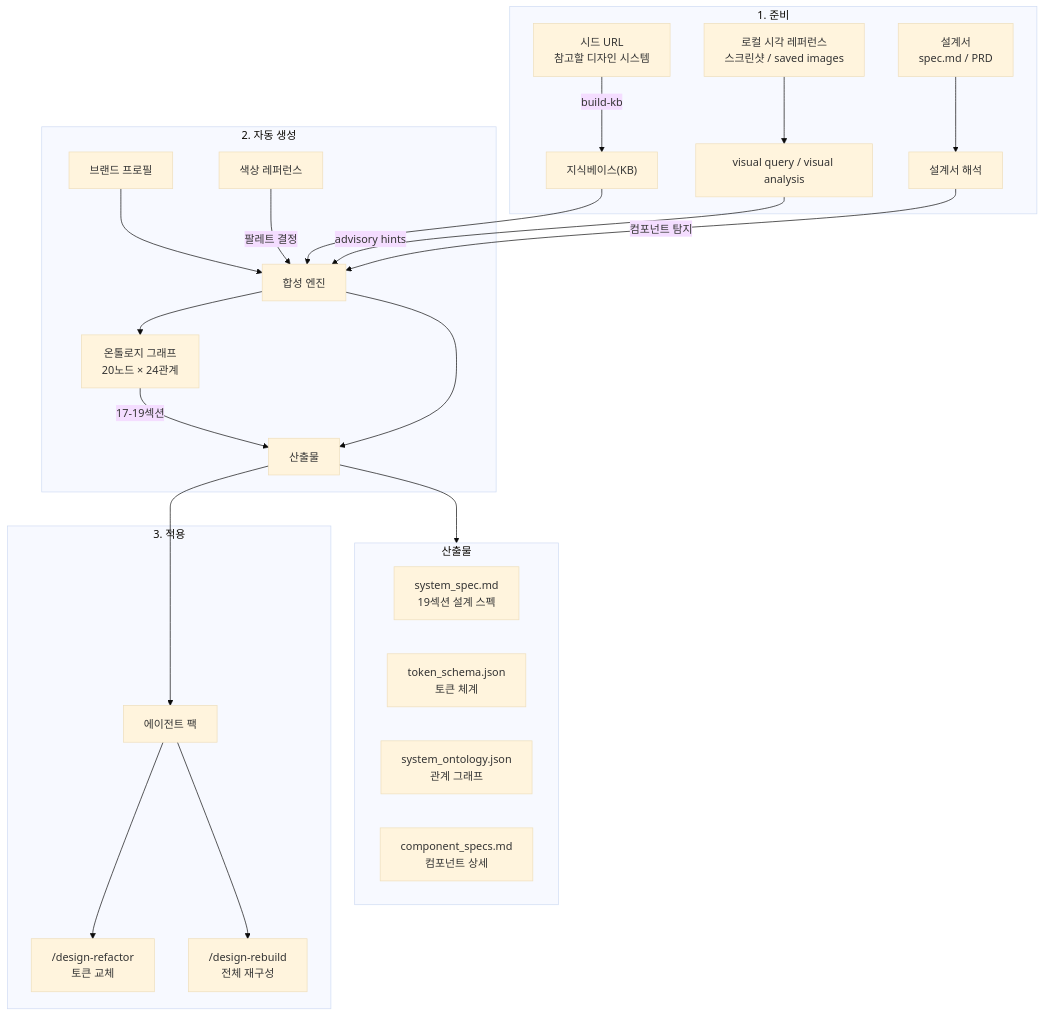
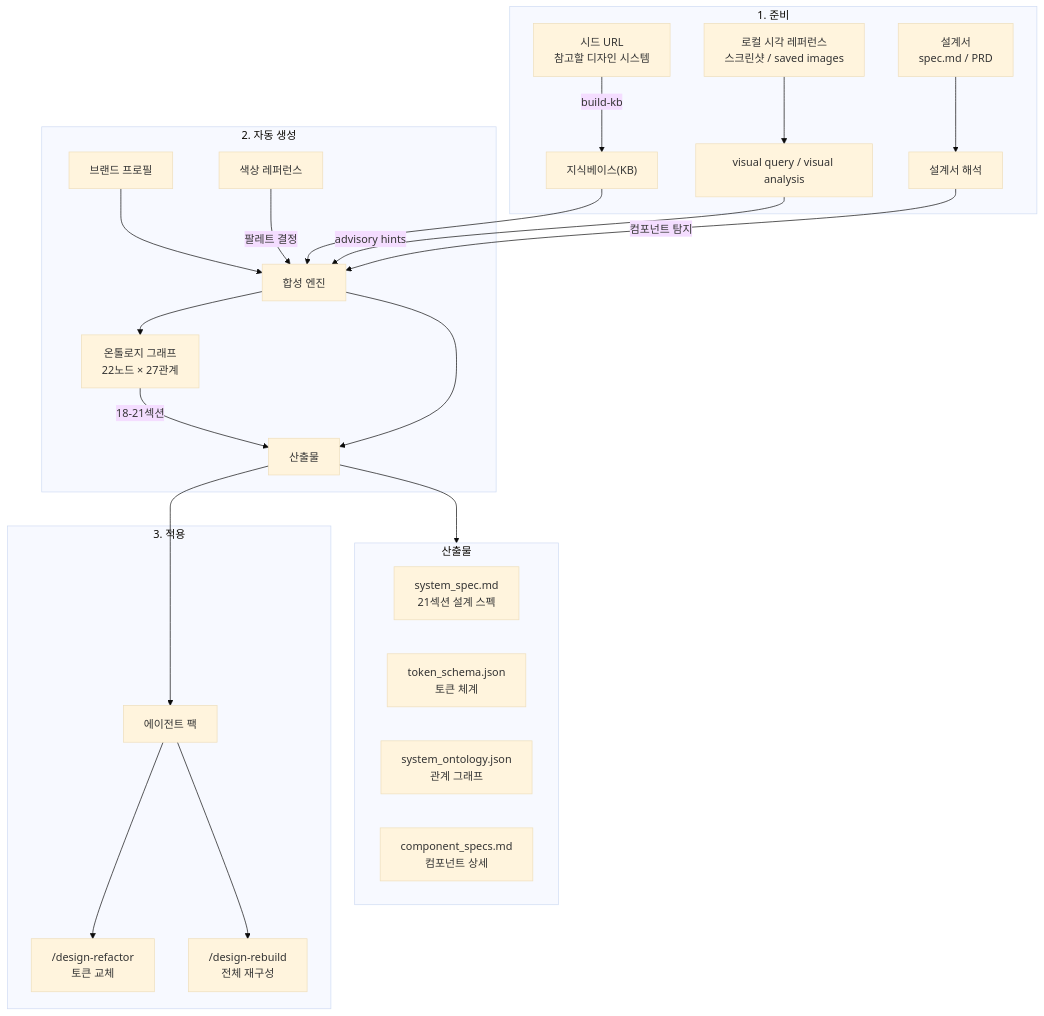
Before and after one commit to 2000silpeed/design-ontology-harness: the first of 3 diagrams in README.md, drawn with Mermaid (base theme). The commit also changed other lines of this file and 24 other files, not shown here.

````diff
--- a/README.md
+++ b/README.md
@@ -31,34 +31,34 @@
 ```mermaid
 flowchart TB
     subgraph PREPARE["1. 준비"]
         SEED["시드 URL\n참고할 디자인 시스템"] -->|build-kb| KB["지식베이스(KB)"]
         VISUAL_REF["로컬 시각 레퍼런스\n스크린샷 / saved images"] --> VISUAL_PREP["visual query / visual analysis"]
         SPEC["설계서\nspec.md / PRD"] --> ANALYZE["설계서 해석"]
     end
 
     subgraph GENERATE["2. 자동 생성"]
         KB --> SYNTH["합성 엔진"]
         BRAND["브랜드 프로필"] --> SYNTH
         VISUAL_PREP -->|advisory hints| SYNTH
         ANALYZE -->|컴포넌트 탐지| SYNTH
         COLOR_REF["색상 레퍼런스"] -->|팔레트 결정| SYNTH
-        SYNTH --> GRAPH["온톨로지 그래프\n20노드 × 24관계"]
+        SYNTH --> GRAPH["온톨로지 그래프\n22노드 × 27관계"]
         SYNTH --> OUTPUT["산출물"]
-        GRAPH -->|17-19섹션| OUTPUT
+        GRAPH -->|18-21섹션| OUTPUT
     end
 
     subgraph OUTPUT_DETAIL["산출물"]
-        SYS_SPEC["system_spec.md\n19섹션 설계 스펙"]
+        SYS_SPEC["system_spec.md\n21섹션 설계 스펙"]
         TOKEN["token_schema.json\n토큰 체계"]
         ONTOLOGY["system_ontology.json\n관계 그래프"]
         COMP_SPEC["component_specs.md\n컴포넌트 상세"]
     end
 
     subgraph APPLY["3. 적용"]
         OUTPUT --> AGENT_PACK["에이전트 팩"]
         AGENT_PACK --> REFACTOR["/design-refactor\n토큰 교체"]
         AGENT_PACK --> REBUILD["/design-rebuild\n전체 재구성"]
     end
 
     OUTPUT --> OUTPUT_DETAIL
 ```
````
